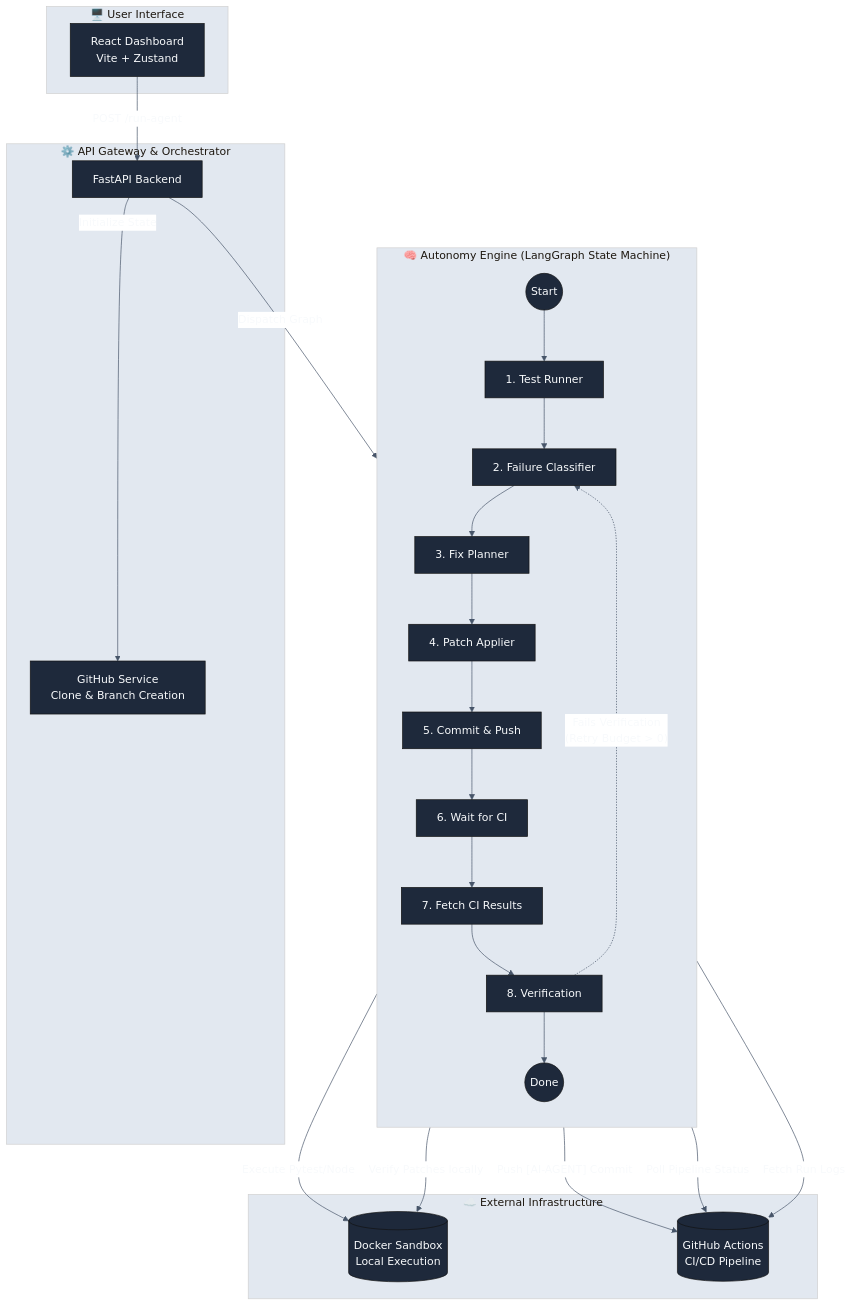
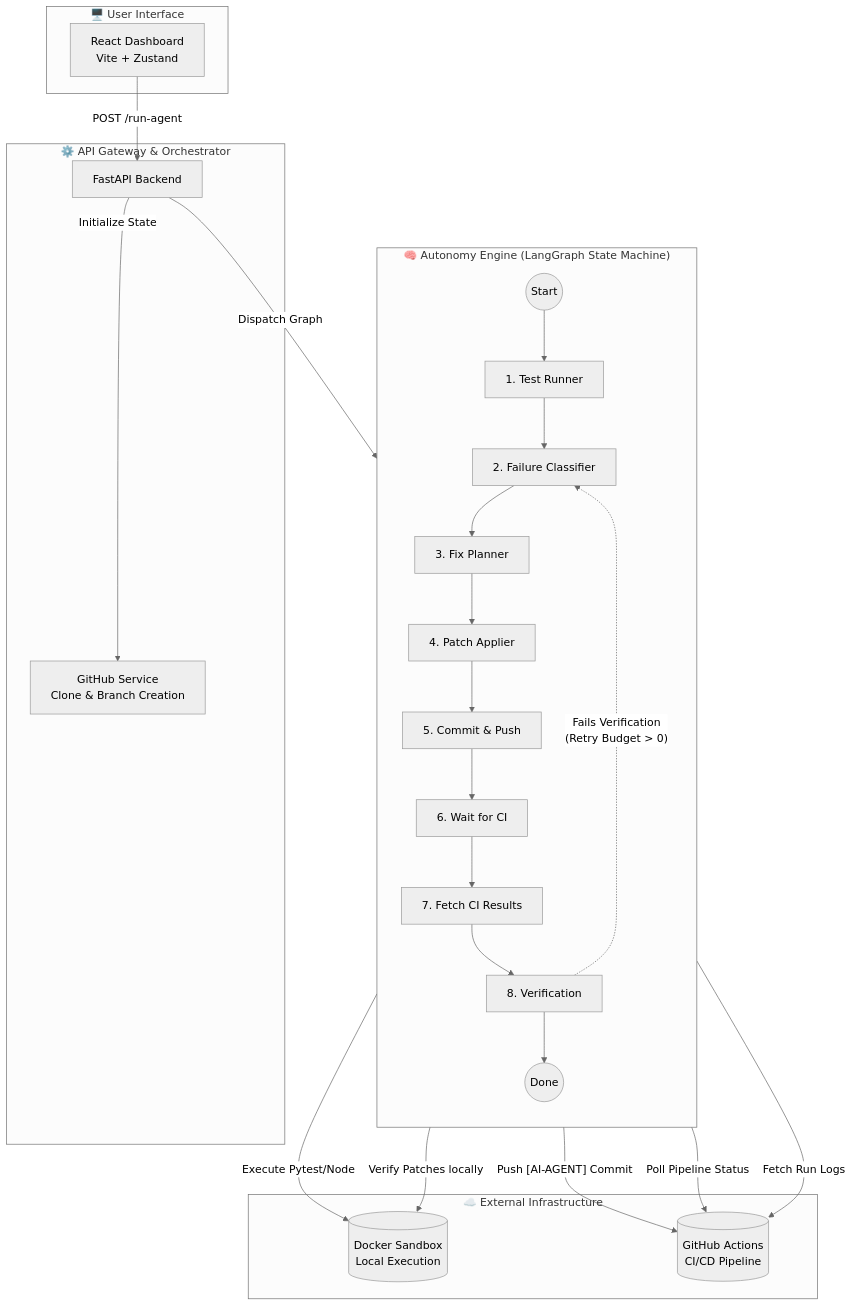
One commit to anupam-hegde/AUTONOMOUS_CI-CD_HEALING_AGENT changed the diagram in README.md. Above: the diagram before and after it, drawn with Mermaid.

Commit message:
fix: Use neutral Mermaid theme for GitHub compatibility

````diff
--- a/README.md
+++ b/README.md
@@ -40,46 +40,46 @@
 ```mermaid
-%%{init: {'theme': 'base', 'themeVariables': { 'primaryColor': '#1E293B', 'primaryTextColor': '#F8FAFC', 'edgeLabelBackground':'#ffffff', 'tertiaryColor': '#e2e8f0', 'lineColor': '#475569'}}}%%
+%%{init: {'theme': 'neutral'}}%%
 flowchart TB
     %% Definitions
     subgraph UI ["🖥️ User Interface"]
         A[React Dashboard <br/> Vite + Zustand]
     end
 
     subgraph API ["⚙️ API Gateway & Orchestrator"]
         B[FastAPI Backend]
         C[GitHub Service<br/>Clone & Branch Creation]
     end
 
     subgraph LangGraph ["🧠 Autonomy Engine (LangGraph State Machine)"]
         direction TB
         E((Start)) --> F[1. Test Runner]
         F --> G[2. Failure Classifier]
         G --> H[3. Fix Planner]
         H --> I[4. Patch Applier]
         I --> J[5. Commit & Push]
         J --> K[6. Wait for CI]
         K --> L[7. Fetch CI Results]
         L --> M[8. Verification]
         
         %% Iteration Loop
         M -.-> |"Fails Verification \n (Retry Budget > 0)"| G
         M --> Z((Done))
     end
     
     subgraph INFRA ["☁️ External Infrastructure"]
         N[(Docker Sandbox <br/> Local Execution)]
         O[(GitHub Actions <br/> CI/CD Pipeline)]
     end
 
     %% Wiring
     A -- "POST /run-agent" --> B
     B -- "Initialize State" --> C
     B -- "Dispatch Graph" --> E
     
     F -- "Execute Pytest/Node" --> N
     I -- "Verify Patches locally" --> N
     
     J -- "Push [AI-AGENT] Commit" --> O
     K -- "Poll Pipeline Status" --> O
     L -- "Fetch Run Logs" --> O
 ```
````
